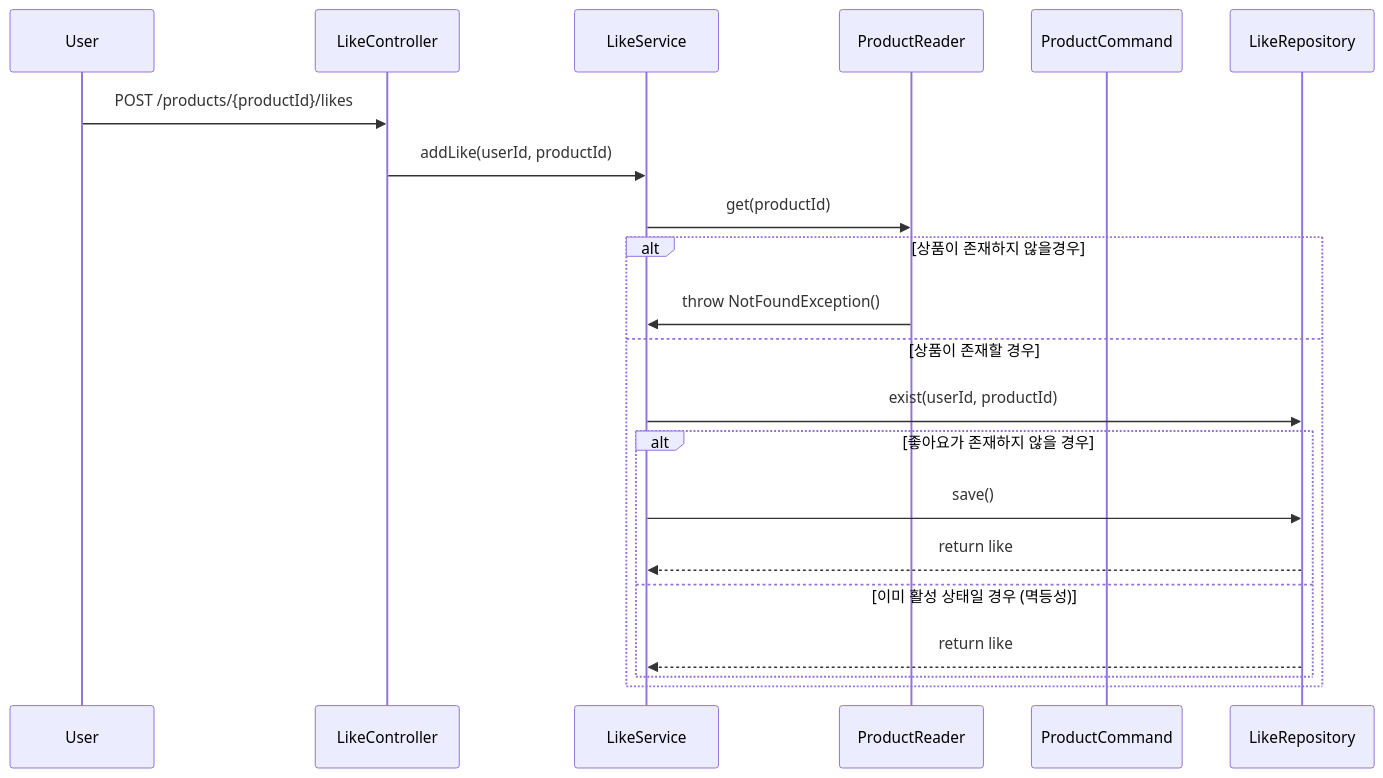
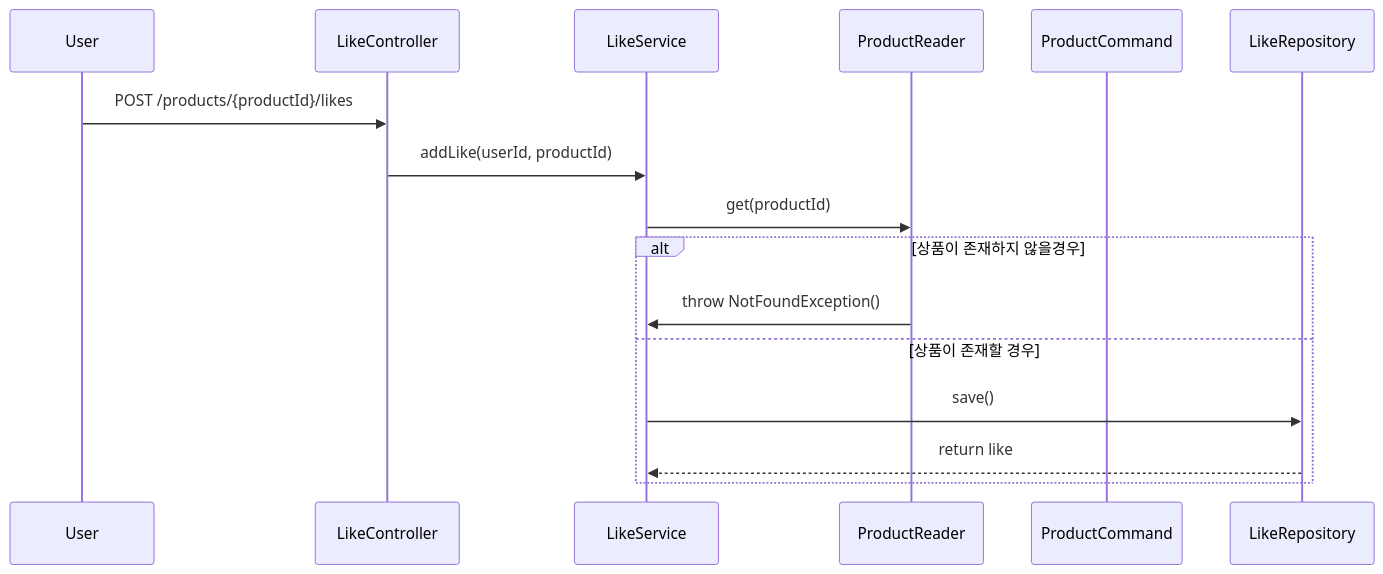
One commit to moonjin-kim/door-commerce changed the fourth of 9 diagrams in docs/design/02-sequence-diagrams.md. Above: the diagram before and after it, drawn with Mermaid. The commit also changed other lines of this file and 16 other files, not shown here.

````diff
--- a/docs/design/02-sequence-diagrams.md
+++ b/docs/design/02-sequence-diagrams.md
@@ -79,26 +79,20 @@
 ```mermaid
 sequenceDiagram
     participant User
     participant LikeController
     participant LikeService
     participant ProductReader
     participant ProductCommand
     participant LikeRepository
     
     User->>LikeController: POST /products/{productId}/likes
     LikeController->>LikeService: addLike(userId, productId)
     LikeService->>ProductReader: get(productId)
     alt 상품이 존재하지 않을경우
         ProductReader->>LikeService: throw NotFoundException()
     else 상품이 존재할 경우
-        LikeService->>LikeRepository: exist(userId, productId)
-        alt 좋아요가 존재하지 않을 경우
-            LikeService->>LikeRepository: save()
-            LikeRepository-->>LikeService: return like
-        
-        else 이미 활성 상태일 경우 (멱등성)
-            LikeRepository-->>LikeService: return like
-    end
+        LikeService->>LikeRepository: save()
+        LikeRepository-->>LikeService: return like
 
     end
 ```
````
